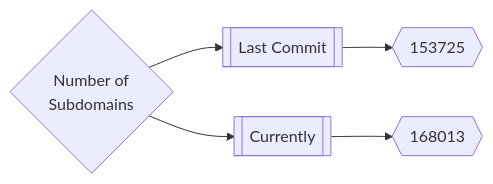
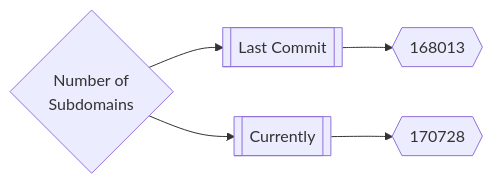
The first of 3 diagrams in README.md (trickest/inventory), drawn with Mermaid before and after one commit. The commit also changed other lines of this file, not shown here.

Commit message:
Update Wed Mar  9 16:32:11 UTC 2022

````diff
--- a/README.md
+++ b/README.md
@@ -165,5 +165,5 @@
 ```mermaid
 graph LR
-title{Number of<br>Subdomains} --> subdomainsDate1[[Last Commit]] --> subdomainsNum1{{153725}}
-title --> subdomainsDate2[[Currently]] --> subdomainsNum2{{168013}}
+title{Number of<br>Subdomains} --> subdomainsDate1[[Last Commit]] --> subdomainsNum1{{168013}}
+title --> subdomainsDate2[[Currently]] --> subdomainsNum2{{170728}}
 ```
````
